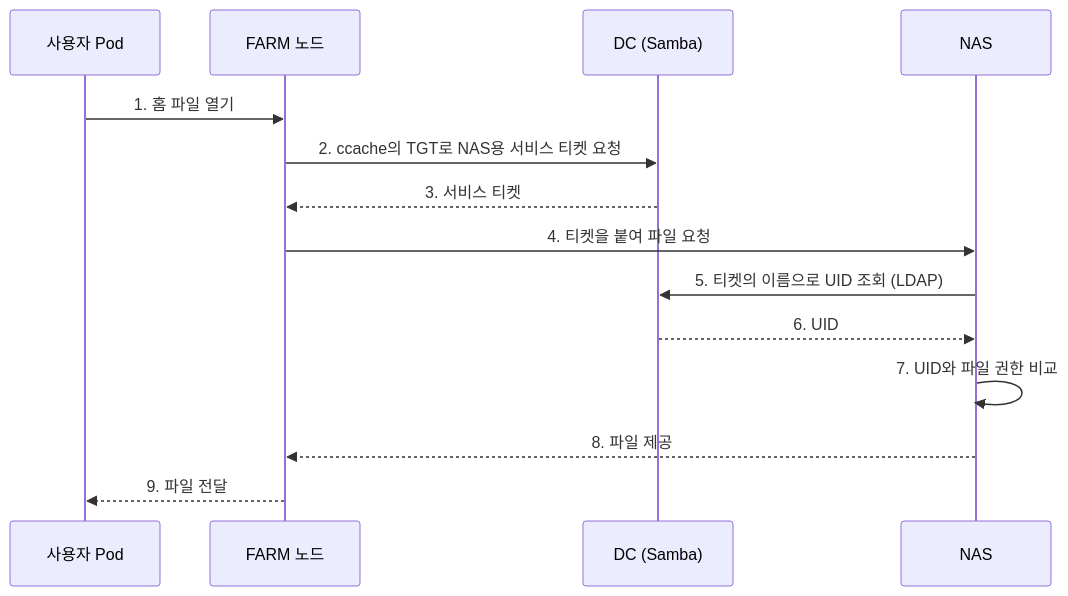
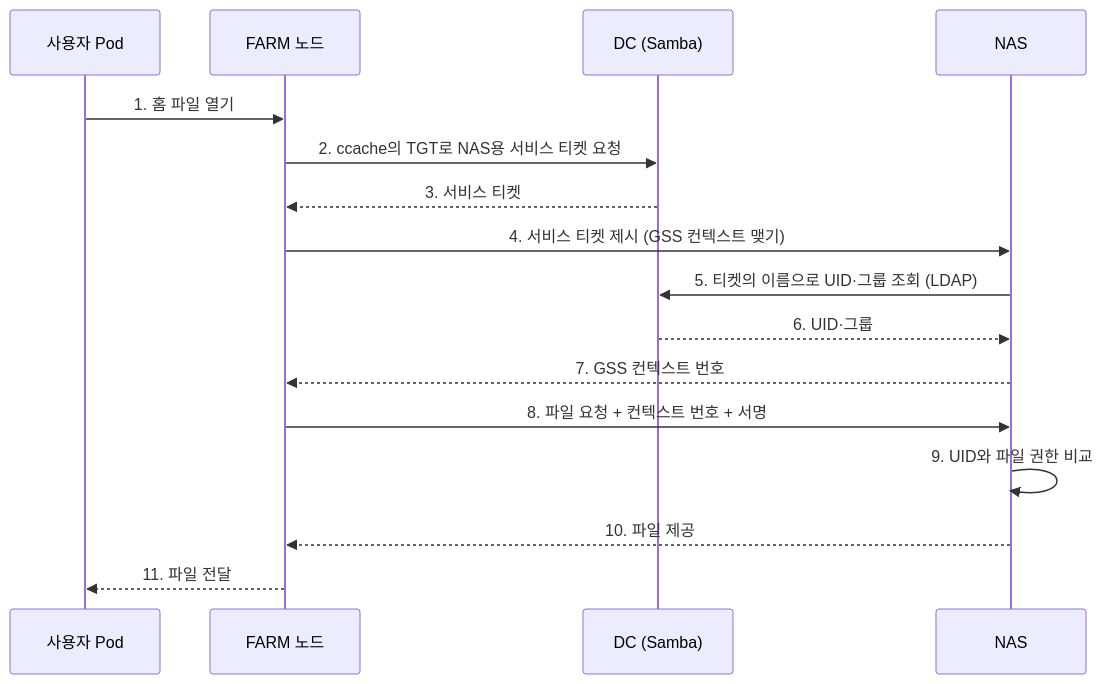
Before and after one commit to CSID-DGU/admin_wiki: the sixth of 12 diagrams in md/infra/design/Kerberos-AD-Samba.md, drawn with Mermaid. The commit also changed other lines of this file, not shown here.

Commit message:
docs: GSS 컨텍스트 내용 추가

````diff
--- a/md/infra/design/Kerberos-AD-Samba.md
+++ b/md/infra/design/Kerberos-AD-Samba.md
@@ -288,17 +292,19 @@
 ```mermaid
 sequenceDiagram
     participant P as 사용자 Pod
     participant N as FARM 노드
     participant DC as DC (Samba)
     participant NAS as NAS
 
     P->>N: 1. 홈 파일 열기
     N->>DC: 2. ccache의 TGT로 NAS용 서비스 티켓 요청
     DC-->>N: 3. 서비스 티켓
-    N->>NAS: 4. 티켓을 붙여 파일 요청
-    NAS->>DC: 5. 티켓의 이름으로 UID 조회 (LDAP)
-    DC-->>NAS: 6. UID
-    NAS->>NAS: 7. UID와 파일 권한 비교
-    NAS-->>N: 8. 파일 제공
-    N-->>P: 9. 파일 전달
+    N->>NAS: 4. 서비스 티켓 제시 (GSS 컨텍스트 맺기)
+    NAS->>DC: 5. 티켓의 이름으로 UID·그룹 조회 (LDAP)
+    DC-->>NAS: 6. UID·그룹
+    NAS-->>N: 7. GSS 컨텍스트 번호
+    N->>NAS: 8. 파일 요청 + 컨텍스트 번호 + 서명
+    NAS->>NAS: 9. UID와 파일 권한 비교
+    NAS-->>N: 10. 파일 제공
+    N-->>P: 11. 파일 전달
 ```
````
